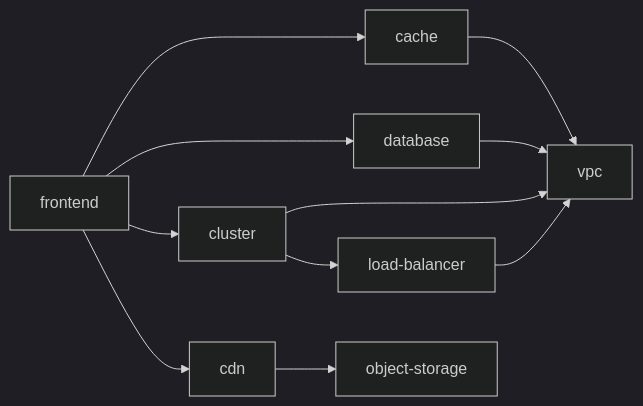
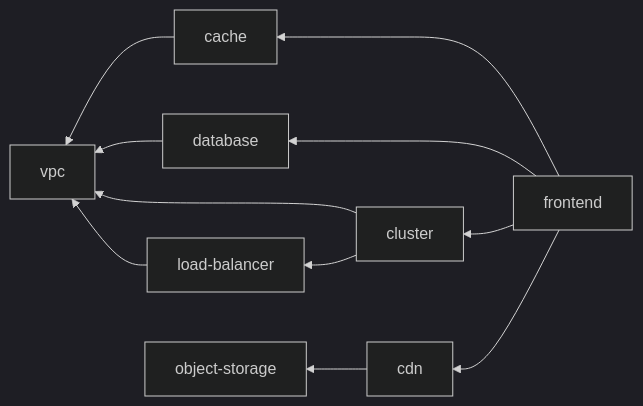
One commit to cloudposse-examples/infra-demo-atmos-pro changed the diagram in README.md. Above: the diagram before and after it, drawn with Mermaid (dark theme). The commit also changed 1 other file, not shown here.

Commit message:
refactor mermaid diagram

````diff
--- a/README.md
+++ b/README.md
@@ -65,13 +65,13 @@
 ```mermaid
-graph LR;
+graph RL;
     cache --> vpc
     database --> vpc
     load-balancer --> vpc
     cluster --> vpc
     cluster --> load-balancer
     cdn --> object-storage
     frontend --> cache
     frontend --> database
     frontend --> cluster
     frontend --> cdn
 ```
````
